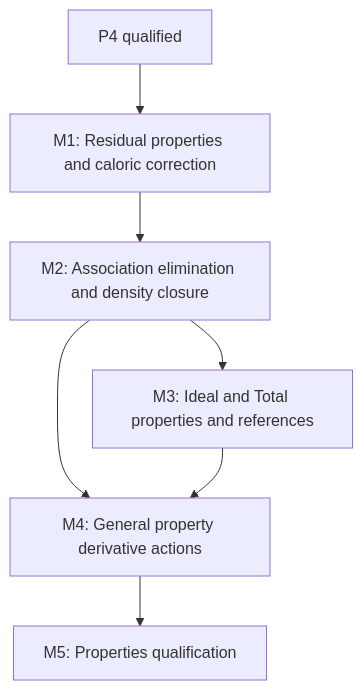
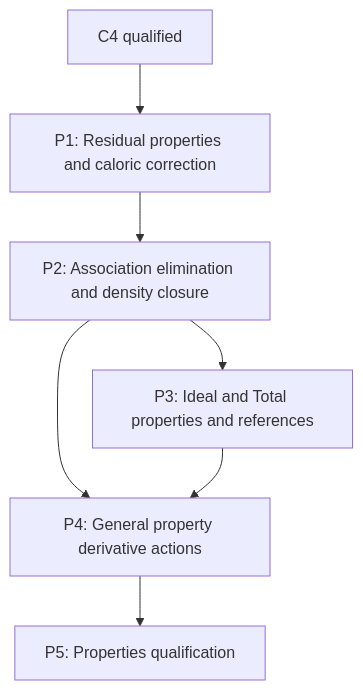
Before and after one commit to tannerpolley/epcsaft: the fourth of 9 diagrams in docs/scientific/implementation-plan.md, drawn with Mermaid. The commit also changed other lines of this file and 9 other files, not shown here.

````diff
--- a/docs/scientific/implementation-plan.md
+++ b/docs/scientific/implementation-plan.md
@@ -299,15 +301,15 @@
 ```mermaid
 flowchart TD
-  start["P4 qualified"]
-  M1["M1: Residual properties and caloric correction"]
-  start --> M1
-  M2["M2: Association elimination and density closure"]
-  M1 --> M2
-  M3["M3: Ideal and Total properties and references"]
-  M2 --> M3
-  M4["M4: General property derivative actions"]
-  M2 --> M4
-  M3 --> M4
-  M5["M5: Properties qualification"]
-  M4 --> M5
+  start["C4 qualified"]
+  P1["P1: Residual properties and caloric correction"]
+  start --> P1
+  P2["P2: Association elimination and density closure"]
+  P1 --> P2
+  P3["P3: Ideal and Total properties and references"]
+  P2 --> P3
+  P4["P4: General property derivative actions"]
+  P2 --> P4
+  P3 --> P4
+  P5["P5: Properties qualification"]
+  P4 --> P5
 ```
````
